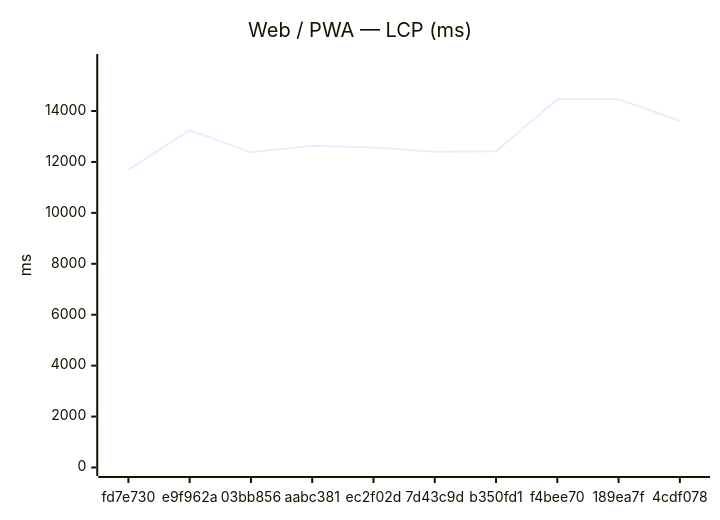
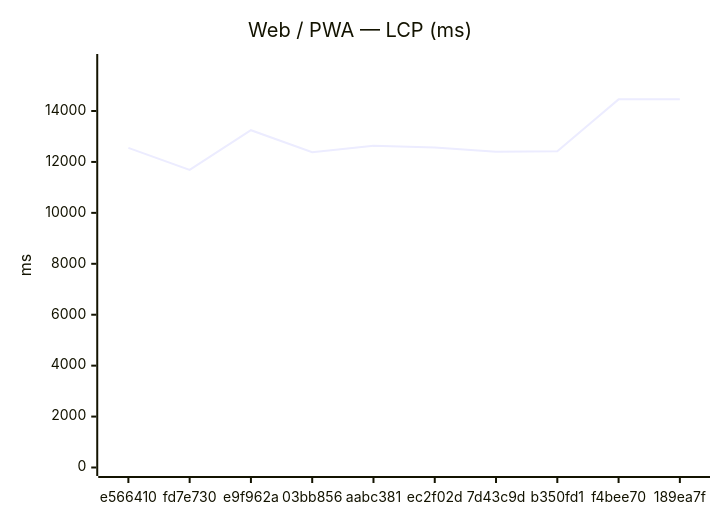
One commit to Metaheurist/Rianell changed the first of 18 diagrams in benchmarks/compare.md. Above: the diagram before and after it, drawn with Mermaid. The commit also changed other lines of this file and 11 other files, not shown here.

````diff
--- a/benchmarks/compare.md
+++ b/benchmarks/compare.md
@@ -24,7 +24,7 @@
 ```mermaid
 xychart-beta
     title "Web / PWA — LCP (ms)"
-    x-axis ["fd7e730", "e9f962a", "03bb856", "aabc381", "ec2f02d", "7d43c9d", "b350fd1", "f4bee70", "189ea7f", "4cdf078"]
+    x-axis ["e566410", "fd7e730", "e9f962a", "03bb856", "aabc381", "ec2f02d", "7d43c9d", "b350fd1", "f4bee70", "189ea7f"]
     y-axis "ms" 0 --> 15905
-    line [11687, 13245, 12382, 12632, 12566, 12399, 12420, 14457, 14459, 13617]
+    line [12553, 11687, 13245, 12382, 12632, 12566, 12399, 12420, 14457, 14459]
 ```
````
